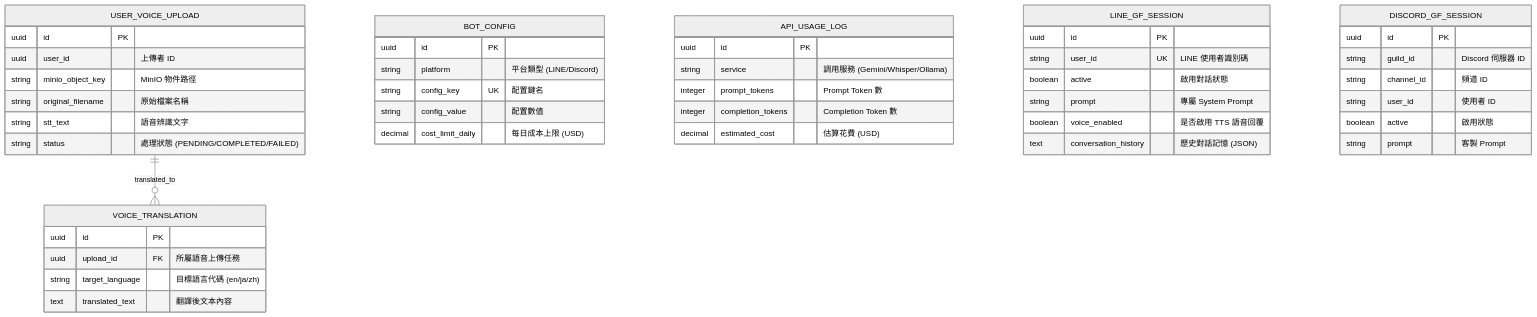
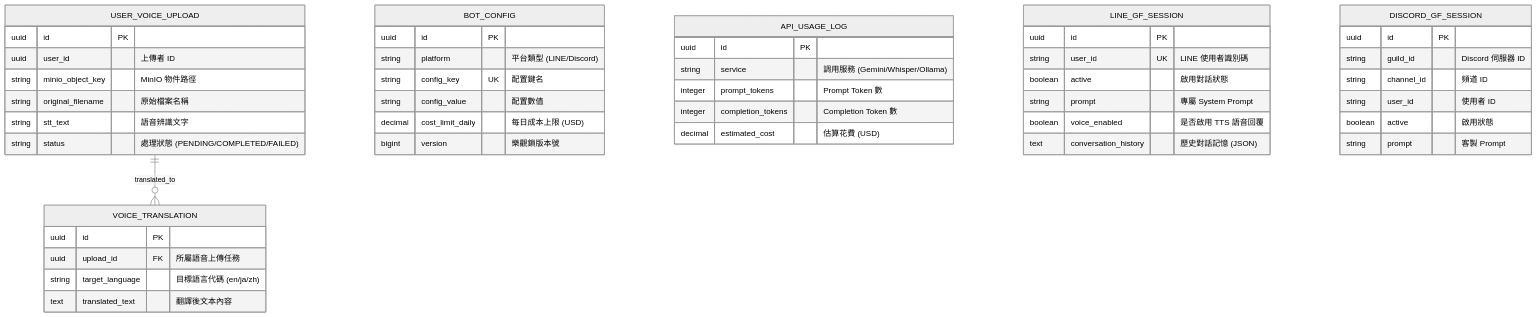
One commit to twinatrick/Backend-Architecture-Lab changed the sixth of 15 diagrams in README.md. Above: the diagram before and after it, drawn with Mermaid (neutral theme). The commit also changed other lines of this file and 3 other files, not shown here.

````diff
--- a/README.md
+++ b/README.md
@@ -335,54 +340,55 @@
 ```mermaid
 erDiagram
     USER_VOICE_UPLOAD ||--o{ VOICE_TRANSLATION: "translated_to"
 
     BOT_CONFIG {
         uuid id PK
         string platform "平台類型 (LINE/Discord)"
         string config_key UK "配置鍵名"
         string config_value "配置數值"
         decimal cost_limit_daily "每日成本上限 (USD)"
+        bigint version "樂觀鎖版本號"
     }
 
     API_USAGE_LOG {
         uuid id PK
         string service "調用服務 (Gemini/Whisper/Ollama)"
         integer prompt_tokens "Prompt Token 數"
         integer completion_tokens "Completion Token 數"
         decimal estimated_cost "估算花費 (USD)"
     }
 
     LINE_GF_SESSION {
         uuid id PK
         string user_id UK "LINE 使用者識別碼"
         boolean active "啟用對話狀態"
         string prompt "專屬 System Prompt"
         boolean voice_enabled "是否啟用 TTS 語音回覆"
         text conversation_history "歷史對話記憶 (JSON)"
     }
 
     DISCORD_GF_SESSION {
         uuid id PK
         string guild_id "Discord 伺服器 ID"
         string channel_id "頻道 ID"
         string user_id "使用者 ID"
         boolean active "啟用狀態"
         string prompt "客製 Prompt"
     }
 
     USER_VOICE_UPLOAD {
         uuid id PK
         uuid user_id "上傳者 ID"
         string minio_object_key "MinIO 物件路徑"
         string original_filename "原始檔案名稱"
         string stt_text "語音辨識文字"
         string status "處理狀態 (PENDING/COMPLETED/FAILED)"
     }
 
     VOICE_TRANSLATION {
         uuid id PK
         uuid upload_id FK "所屬語音上傳任務"
         string target_language "目標語言代碼 (en/ja/zh)"
         text translated_text "翻譯後文本內容"
     }
 ```
````
